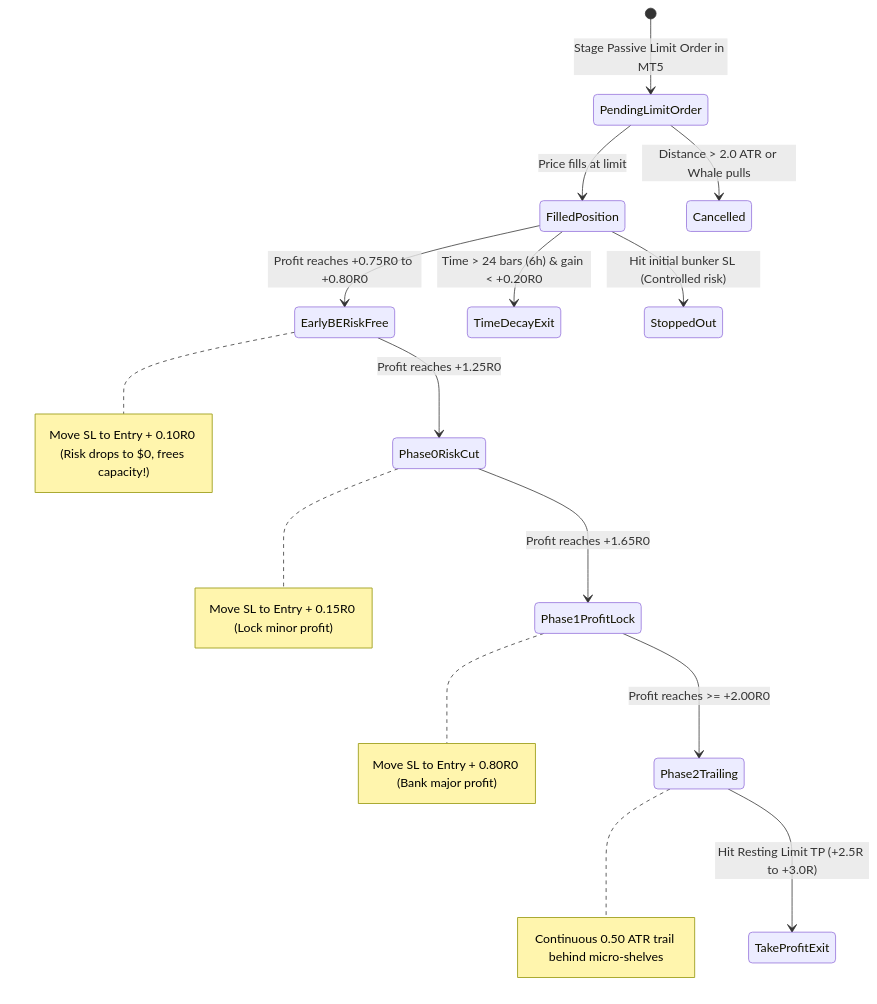
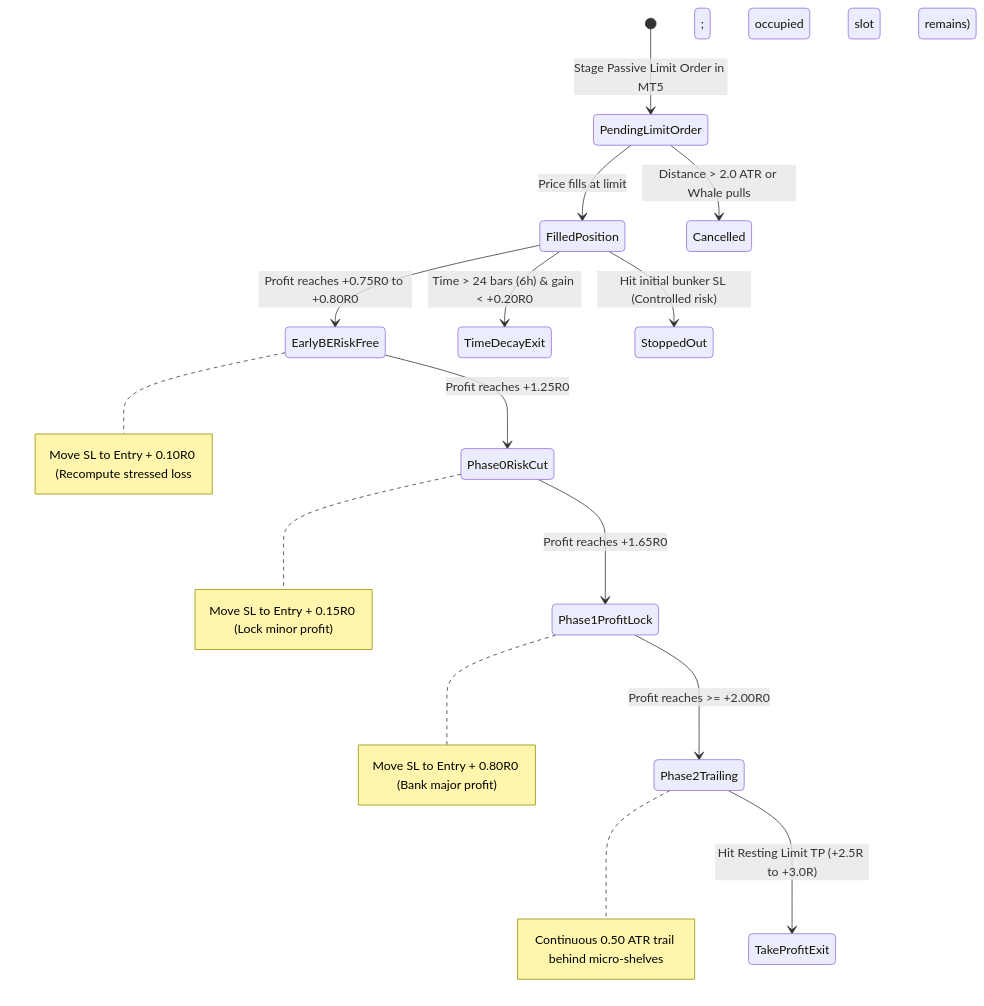
Before and after one commit to kbsingh1399/Trading_2: the third of 3 diagrams in Data/Manditory/STANDARDIZED_TRADING_DECISION_CHAIN.md, drawn with Mermaid. The commit also changed other lines of this file and 47 other files, not shown here.

````diff
--- a/Data/Manditory/STANDARDIZED_TRADING_DECISION_CHAIN.md
+++ b/Data/Manditory/STANDARDIZED_TRADING_DECISION_CHAIN.md
@@ -498,22 +538,22 @@
 ```mermaid
 stateDiagram-v2
     [*] --> PendingLimitOrder: Stage Passive Limit Order in MT5
     PendingLimitOrder --> FilledPosition: Price fills at limit
     PendingLimitOrder --> Cancelled: Distance > 2.0 ATR or Whale pulls
     
     FilledPosition --> EarlyBERiskFree: Profit reaches +0.75R0 to +0.80R0
-    note right of EarlyBERiskFree: Move SL to Entry + 0.10R0 (Risk drops to $0, frees capacity!)
+    note right of EarlyBERiskFree: Move SL to Entry + 0.10R0 (Recompute stressed loss; occupied slot remains)
     
     EarlyBERiskFree --> Phase0RiskCut: Profit reaches +1.25R0
     note right of Phase0RiskCut: Move SL to Entry + 0.15R0 (Lock minor profit)
     
     Phase0RiskCut --> Phase1ProfitLock: Profit reaches +1.65R0
     note right of Phase1ProfitLock: Move SL to Entry + 0.80R0 (Bank major profit)
     
     Phase1ProfitLock --> Phase2Trailing: Profit reaches >= +2.00R0
     note right of Phase2Trailing: Continuous 0.50 ATR trail behind micro-shelves
     
     Phase2Trailing --> TakeProfitExit: Hit Resting Limit TP (+2.5R to +3.0R)
     FilledPosition --> TimeDecayExit: Time > 24 bars (6h) & gain < +0.20R0
     FilledPosition --> StoppedOut: Hit initial bunker SL (Controlled risk)
 ```
````
